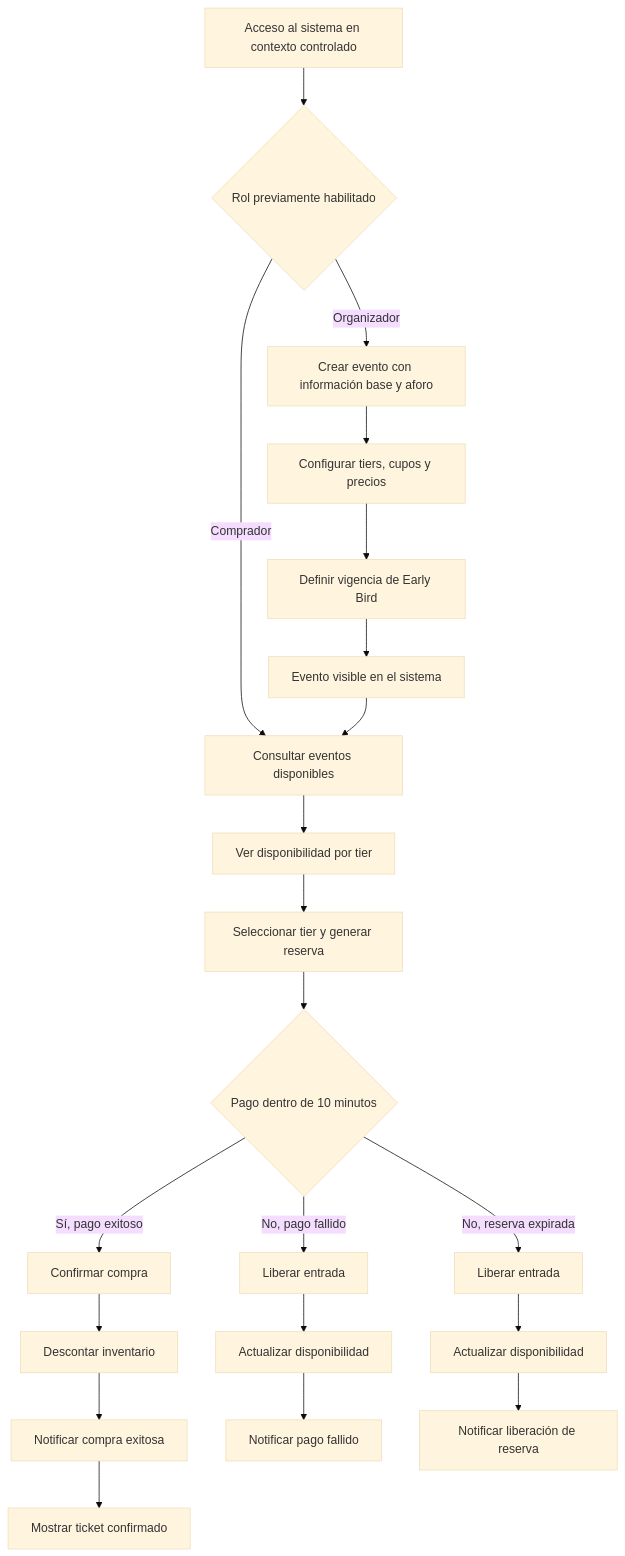
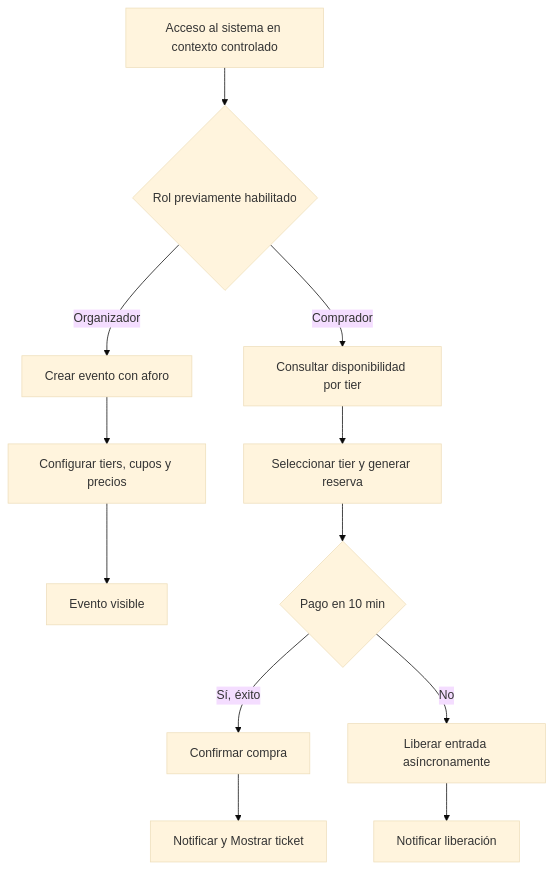
One commit to ChristopherPalloArias/PRD_BACKLOG changed the first of 2 diagrams in README.md. Above: the diagram before and after it, drawn with Mermaid (base theme). The commit also changed other lines of this file, not shown here.

Commit message:
docs: append Reality Check architecture diagram integrating extra MVP scope like API Gateway and JWT Auth

````diff
--- a/README.md
+++ b/README.md
@@ -57,29 +57,18 @@
 ```mermaid
 flowchart TD
     A[Acceso al sistema en contexto controlado] --> B{Rol previamente habilitado}
 
-    B -->|Organizador| C[Crear evento con información base y aforo]
+    B -->|Organizador| C[Crear evento con aforo]
     C --> D[Configurar tiers, cupos y precios]
-    D --> E[Definir vigencia de Early Bird]
-    E --> F[Evento visible en el sistema]
+    D --> E[Evento visible]
 
-    B -->|Comprador| G[Consultar eventos disponibles]
-    F --> G
+    B -->|Comprador| G[Consultar disponibilidad por tier]
+    G --> I[Seleccionar tier y generar reserva]
+    I --> J{Pago en 10 min}
 
-    G --> H[Ver disponibilidad por tier]
-    H --> I[Seleccionar tier y generar reserva]
-    I --> J{Pago dentro de 10 minutos}
+    J -->|Sí, éxito| K[Confirmar compra]
+    K --> L[Notificar y Mostrar ticket]
 
-    J -->|Sí, pago exitoso| K[Confirmar compra]
-    K --> L[Descontar inventario]
-    L --> M[Notificar compra exitosa]
-    M --> N[Mostrar ticket confirmado]
-
-    J -->|No, pago fallido| O[Liberar entrada]
-    O --> P[Actualizar disponibilidad]
-    P --> Q[Notificar pago fallido]
-
-    J -->|No, reserva expirada| R[Liberar entrada]
-    R --> S[Actualizar disponibilidad]
-    S --> T[Notificar liberación de reserva]
+    J -->|No| O[Liberar entrada asíncronamente]
+    O --> P[Notificar liberación]
 ```
````
